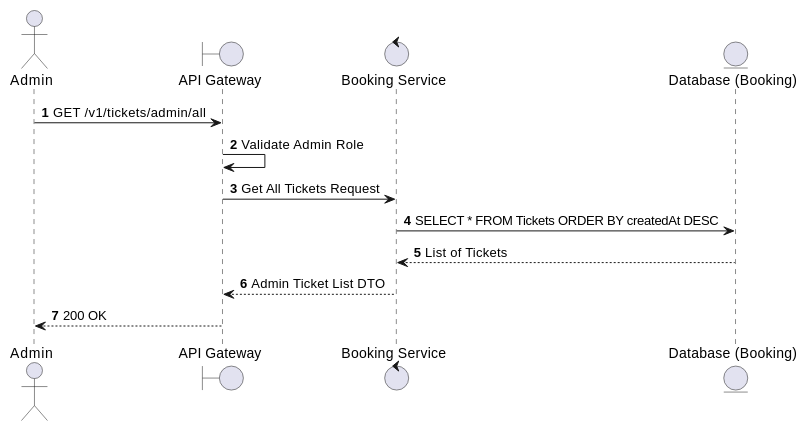
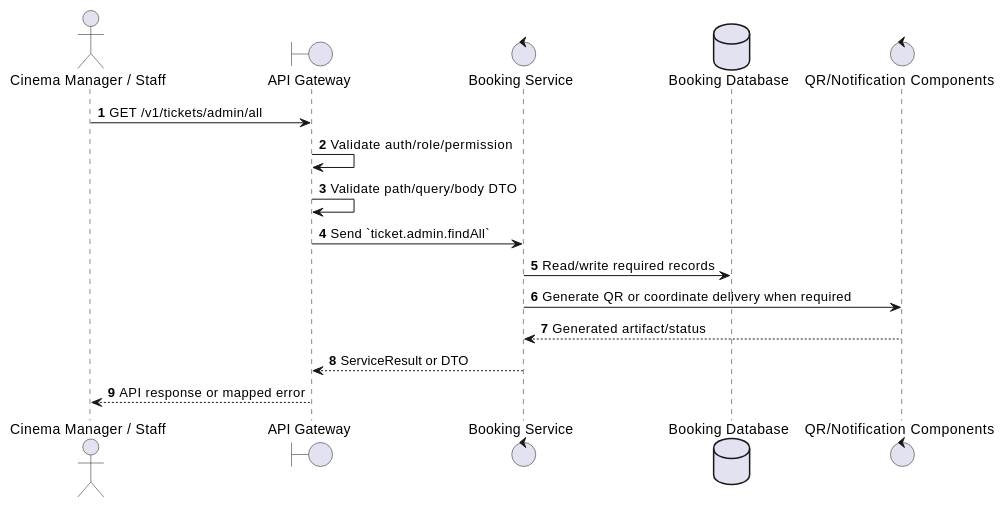
The first of 2 diagrams in docs/functional_specs/3.7_Ticket_Management_Module/TK-A01_Admin_List_All_Tickets.md (Tanh1603/movie-hub-architecture), drawn with PlantUML before and after one commit. The commit also changed other lines of this file and 126 other files, not shown here.

````diff
--- a/docs/functional_specs/3.7_Ticket_Management_Module/TK-A01_Admin_List_All_Tickets.md
+++ b/docs/functional_specs/3.7_Ticket_Management_Module/TK-A01_Admin_List_All_Tickets.md
@@ -17,17 +17,20 @@
 ```plantuml
 @startuml
 autonumber
-actor Admin
+actor "Cinema Manager / Staff" as Actor
 boundary "API Gateway" as GW
-control "Booking Service" as BS
-entity "Database (Booking)" as DB
+control "Booking Service" as SVC
+database "Booking Database" as DB
+control "QR/Notification Components" as EXT
 
-Admin -> GW: GET /v1/tickets/admin/all
-GW -> GW: Validate Admin Role
-GW -> BS: Get All Tickets Request
-BS -> DB: SELECT * FROM Tickets ORDER BY createdAt DESC
-DB --> BS: List of Tickets
-BS --> GW: Admin Ticket List DTO
-GW --> Admin: 200 OK
+Actor -> GW: GET /v1/tickets/admin/all
+GW -> GW: Validate auth/role/permission
+GW -> GW: Validate path/query/body DTO
+GW -> SVC: Send `ticket.admin.findAll`
+SVC -> DB: Read/write required records
+SVC -> EXT: Generate QR or coordinate delivery when required
+EXT --> SVC: Generated artifact/status
+SVC --> GW: ServiceResult or DTO
+GW --> Actor: API response or mapped error
 @enduml
 ```
````
